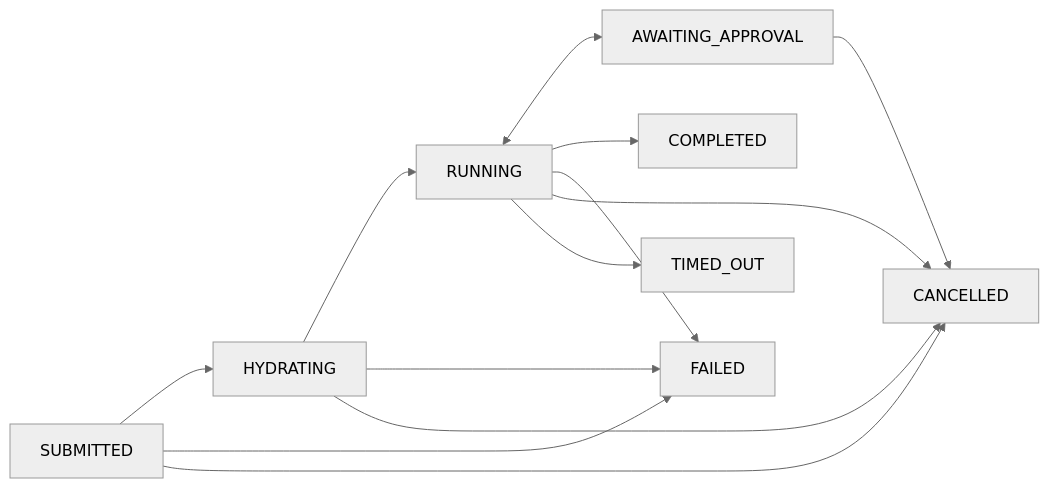
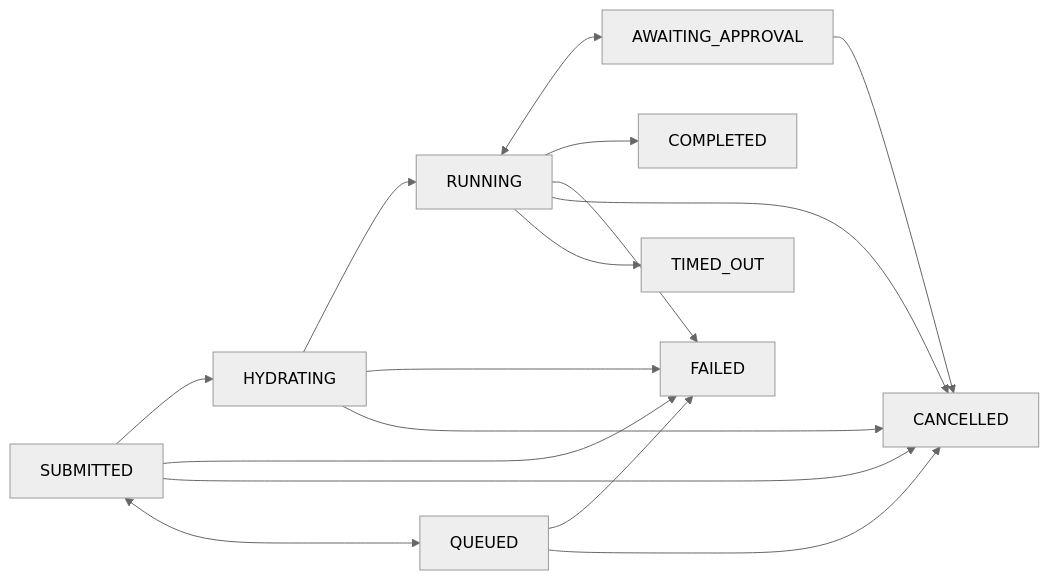
One commit to aws-samples/sample-autonomous-cloud-coding-agents changed the third of 3 diagrams in docs/guides/USER_GUIDE.md. Above: the diagram before and after it, drawn with Mermaid (neutral theme). The commit also changed other lines of this file and 14 other files, not shown here.

````diff
--- a/docs/guides/USER_GUIDE.md
+++ b/docs/guides/USER_GUIDE.md
@@ -1054,15 +1054,18 @@
 ```mermaid
 flowchart LR
     S[SUBMITTED] --> H[HYDRATING]
     H --> R[RUNNING]
     R <--> A[AWAITING_APPROVAL]
     R --> C[COMPLETED]
     R --> F[FAILED]
     R --> X[CANCELLED]
     R --> T[TIMED_OUT]
     A --> X
     H --> F
     H --> X
     S --> F
     S --> X
+    S <--> Q[QUEUED]
+    Q --> F
+    Q --> X
 ```
````
